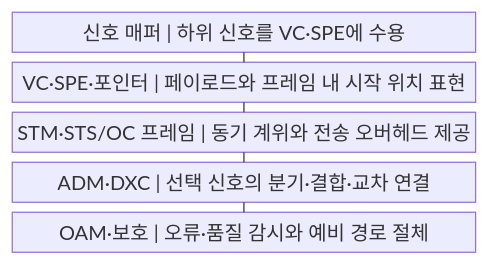
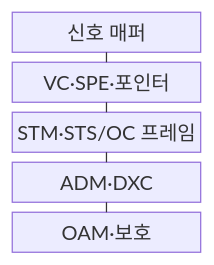
The first of 2 diagrams in src/content/docs/notes/04-network/069_pdh_sdh_sonet.md (agnusdei1207/knowledge-base), drawn with Mermaid before and after one commit. The commit also changed 122 other files, not shown here.

````diff
--- a/src/content/docs/notes/04-network/069_pdh_sdh_sonet.md
+++ b/src/content/docs/notes/04-network/069_pdh_sdh_sonet.md
@@ -61,13 +61,13 @@
 ```mermaid
-block
+block-beta
     columns 1
-    A["신호 매퍼 | 하위 신호를 VC·SPE에 수용"]
-    B["VC·SPE·포인터 | 페이로드와 프레임 내 시작 위치 표현"]
-    C["STM·STS/OC 프레임 | 동기 계위와 전송 오버헤드 제공"]
-    D["ADM·DXC | 선택 신호의 분기·결합·교차 연결"]
-    E["OAM·보호 | 오류·품질 감시와 예비 경로 절체"]
+    A["신호 매퍼"]
+    B["VC·SPE·포인터"]
+    C["STM·STS/OC 프레임"]
+    D["ADM·DXC"]
+    E["OAM·보호"]
     A --- B
     B --- C
     C --- D
     D --- E
 ```
````
